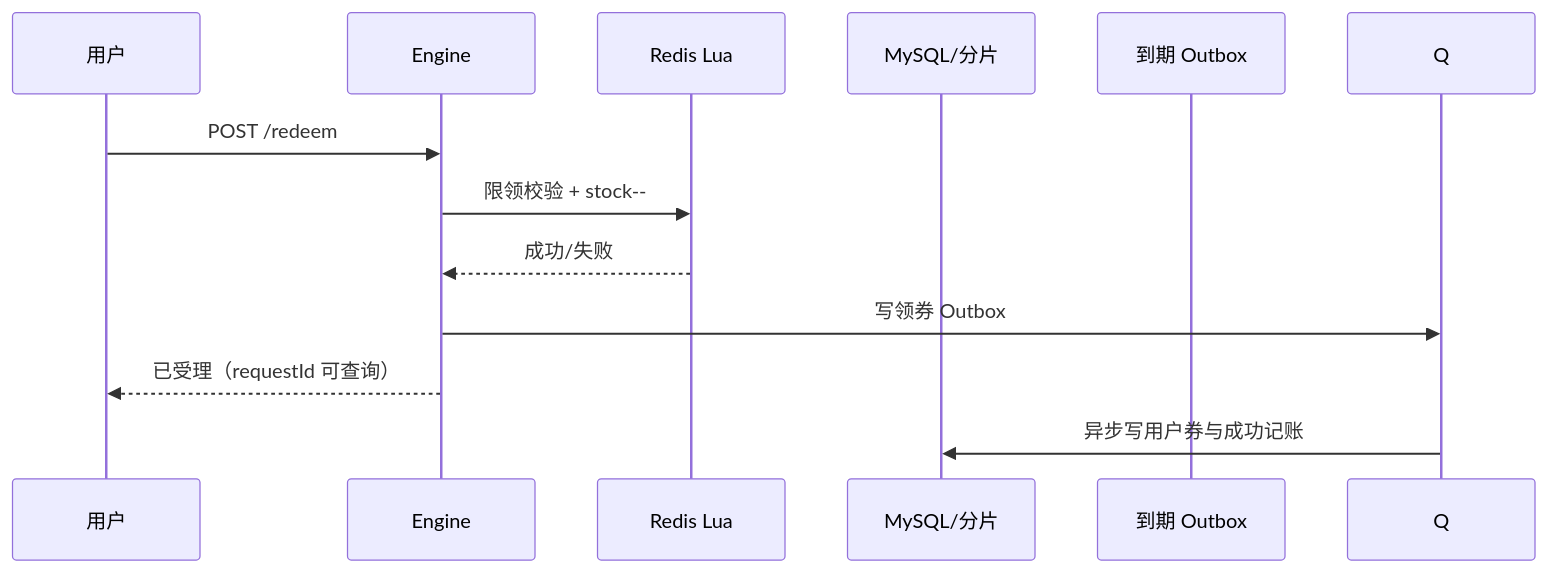
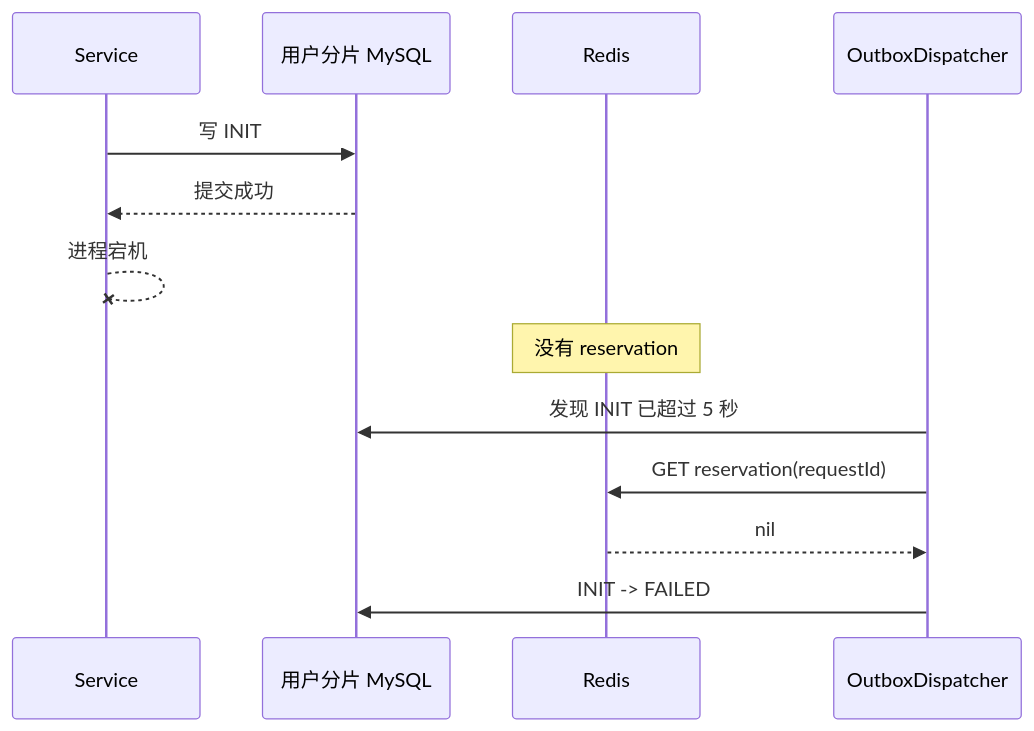
One commit to liucan752/oneCoupon changed the fifth of 6 diagrams in Notes/优惠券领取秒杀高并发架构梳理.md. Above: the diagram before and after it, drawn with Mermaid. The commit also changed other lines of this file and 1 other file, not shown here.

````diff
--- a/Notes/优惠券领取秒杀高并发架构梳理.md
+++ b/Notes/优惠券领取秒杀高并发架构梳理.md
@@ -85,15 +582,16 @@
 ```mermaid
 sequenceDiagram
-    participant U as 用户
-    participant E as Engine
-    participant R as Redis Lua
-    participant M as MySQL/分片
-    participant O as 到期 Outbox
+    participant S as Service
+    participant DB as 用户分片 MySQL
+    participant R as Redis
+    participant D as OutboxDispatcher
 
-    U->>E: POST /redeem
-    E->>R: 限领校验 + stock--
-    R-->>E: 成功/失败
-    E->>Q: 写领券 Outbox
-    E-->>U: 已受理（requestId 可查询）
-    Q->>M: 异步写用户券与成功记账
+    S->>DB: 写 INIT
+    DB-->>S: 提交成功
+    S--xS: 进程宕机
+    Note over R: 没有 reservation
+    D->>DB: 发现 INIT 已超过 5 秒
+    D->>R: GET reservation(requestId)
+    R-->>D: nil
+    D->>DB: INIT -> FAILED
 ```
````
